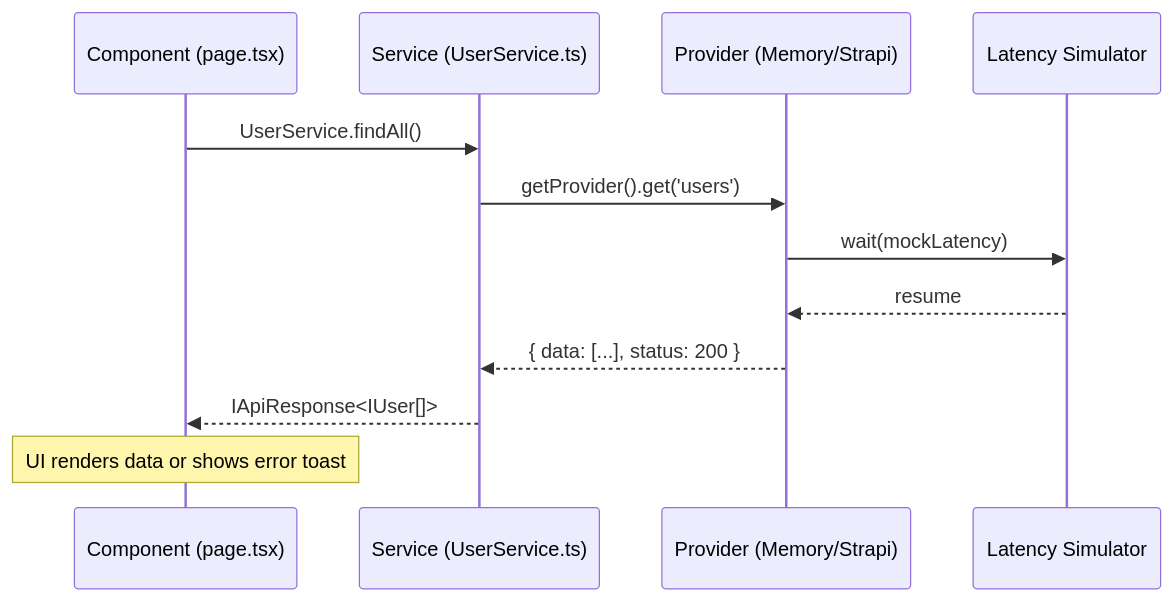
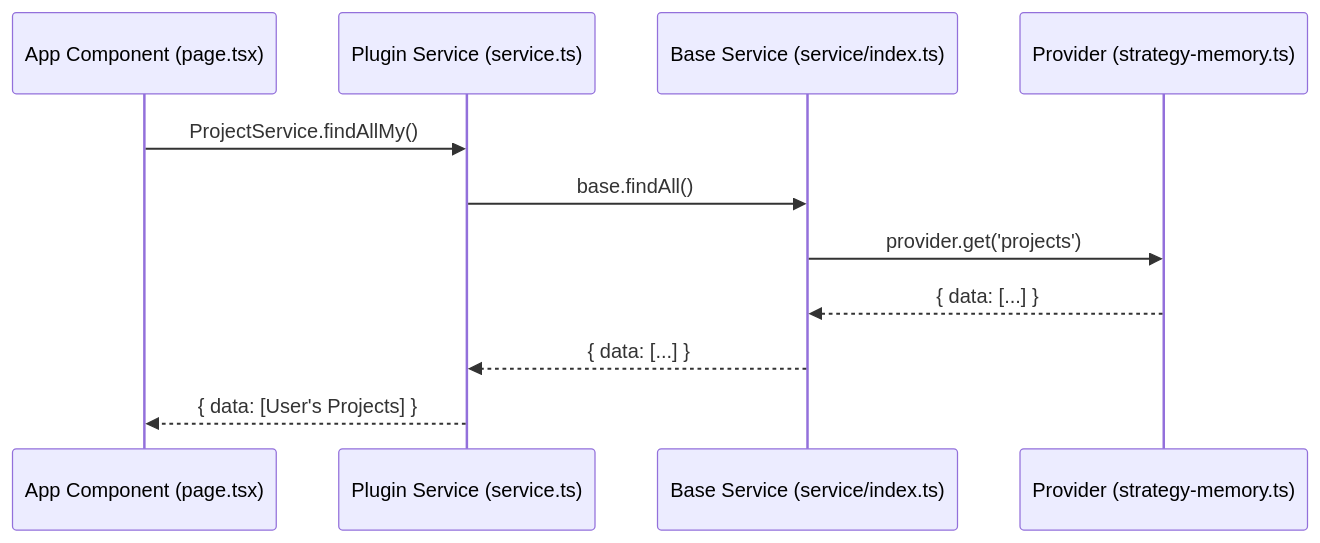
One commit to EduardoU24/AI-Template changed the second of 2 diagrams in docs/data-api-architecture-diagram.md. Above: the diagram before and after it, drawn with Mermaid. The commit also changed other lines of this file and 16 other files, not shown here.

````diff
--- a/docs/data-api-architecture-diagram.md
+++ b/docs/data-api-architecture-diagram.md
@@ -85,16 +33,14 @@
 ```mermaid
 sequenceDiagram
-    participant UI as Component (page.tsx)
-    participant SRV as Service (UserService.ts)
-    participant PROV as Provider (Memory/Strapi)
-    participant LAT as Latency Simulator
+    participant UI as App Component (page.tsx)
+    participant Srv as Plugin Service (service.ts)
+    participant Core as Base Service (service/index.ts)
+    participant Prov as Provider (strategy-memory.ts)
 
-    UI->>SRV: UserService.findAll()
-    SRV->>PROV: getProvider().get('users')
-    PROV->>LAT: wait(mockLatency)
-    LAT-->>PROV: resume
-    PROV-->>SRV: { data: [...], status: 200 }
-    SRV-->>UI: IApiResponse<IUser[]>
-    
-    Note over UI: UI renders data or shows error toast
+    UI->>Srv: ProjectService.findAllMy()
+    Srv->>Core: base.findAll()
+    Core->>Prov: provider.get('projects')
+    Prov-->>Core: { data: [...] }
+    Core-->>Srv: { data: [...] }
+    Srv-->>UI: { data: [User's Projects] }
 ```
````
